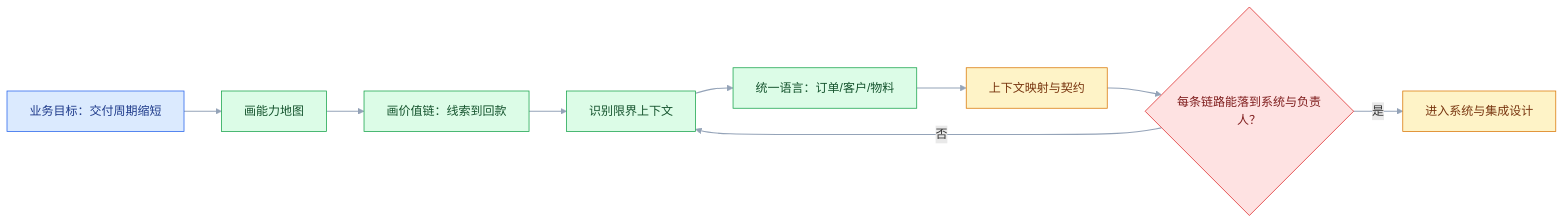
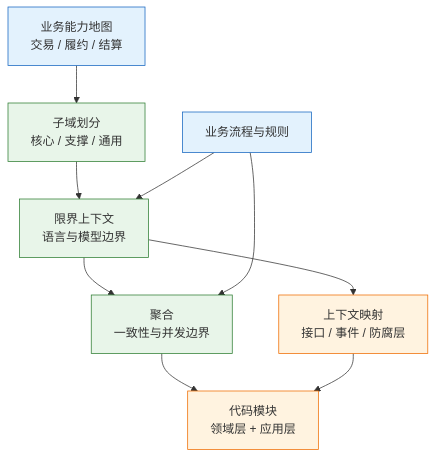
The first of 3 diagrams in blog/src/notes/03-架构/02-领域与边界/01-业务架构与领域建模.md (jimbosuper/studynotes), drawn with Mermaid before and after one commit. The commit also changed other lines of this file and 367 other files, not shown here.

````diff
--- a/blog/src/notes/03-架构/02-领域与边界/01-业务架构与领域建模.md
+++ b/blog/src/notes/03-架构/02-领域与边界/01-业务架构与领域建模.md
@@ -19,17 +50,17 @@
 ```mermaid
-flowchart LR
-    classDef client fill:#DBEAFE,stroke:#2563EB,color:#1E3A8A
-    classDef service fill:#DCFCE7,stroke:#16A34A,color:#14532D
-    classDef data fill:#FEF3C7,stroke:#D97706,color:#78350F
-    classDef danger fill:#FEE2E2,stroke:#DC2626,color:#7F1D1D
-
-    A["业务目标：交付周期缩短"]:::client --> B["画能力地图"]:::service
-    B --> C["画价值链：线索到回款"]:::service
-    C --> D["识别限界上下文"]:::service
-    D --> E["统一语言：订单/客户/物料"]:::service
-    E --> F["上下文映射与契约"]:::data
-    F --> G{"每条链路能落到系统与负责人？"}:::danger
-    G -->|"否"| D
-    G -->|"是"| H["进入系统与集成设计"]:::data
-    linkStyle default stroke:#94A3B8,stroke-width:1.5px
+flowchart TD
+    A["业务能力地图<br/>交易 / 履约 / 结算"] --> B["子域划分<br/>核心 / 支撑 / 通用"]
+    B --> C["限界上下文<br/>语言与模型边界"]
+    C --> D["聚合<br/>一致性与并发边界"]
+    D --> E["代码模块<br/>领域层 + 应用层"]
+    F["业务流程与规则"] --> C
+    F --> D
+    C --> G["上下文映射<br/>接口 / 事件 / 防腐层"]
+    G --> E
+    classDef client fill:#e3f2fd,stroke:#1565c0;
+    classDef engine fill:#e8f5e9,stroke:#2e7d32;
+    classDef image fill:#fff3e0,stroke:#ef6c00;
+    class A,F client
+    class B,C,D engine
+    class E,G image
 ```
````
